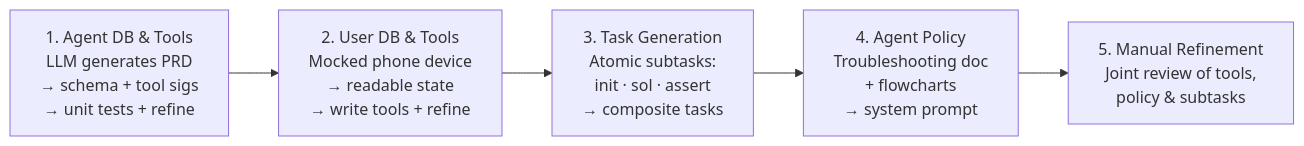
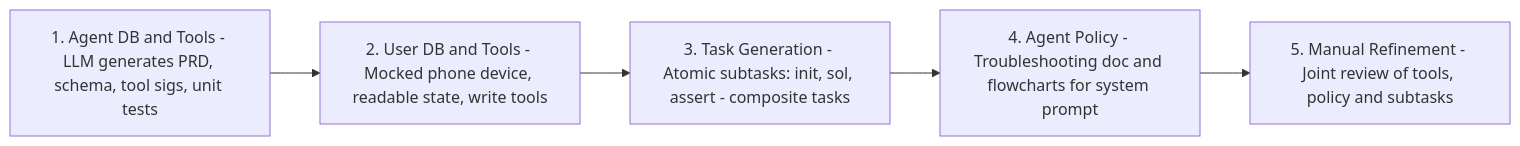
Before and after one commit to zhongzhouTan-coder/zhongzhouTan-coder.github.io: the third of 5 diagrams in docs/layer_0/tau2-bench-mechanism.md, drawn with Mermaid. The commit also changed other lines of this file and 8 other files, not shown here.

````diff
--- a/docs/layer_0/tau2-bench-mechanism.md
+++ b/docs/layer_0/tau2-bench-mechanism.md
@@ -106,10 +106,10 @@
 ```mermaid
 flowchart LR
-    S1["1. Agent DB & Tools\nLLM generates PRD\n→ schema + tool sigs\n→ unit tests + refine"]
-    S2["2. User DB & Tools\nMocked phone device\n→ readable state\n→ write tools + refine"]
-    S3["3. Task Generation\nAtomic subtasks:\ninit · sol · assert\n→ composite tasks"]
-    S4["4. Agent Policy\nTroubleshooting doc\n+ flowcharts\n→ system prompt"]
-    S5["5. Manual Refinement\nJoint review of tools,\npolicy & subtasks"]
+    S1["1. Agent DB and Tools - LLM generates PRD, schema, tool sigs, unit tests"]
+    S2["2. User DB and Tools - Mocked phone device, readable state, write tools"]
+    S3["3. Task Generation - Atomic subtasks: init, sol, assert - composite tasks"]
+    S4["4. Agent Policy - Troubleshooting doc and flowcharts for system prompt"]
+    S5["5. Manual Refinement - Joint review of tools, policy and subtasks"]
 
     S1 --> S2 --> S3 --> S4 --> S5
 ```
````
